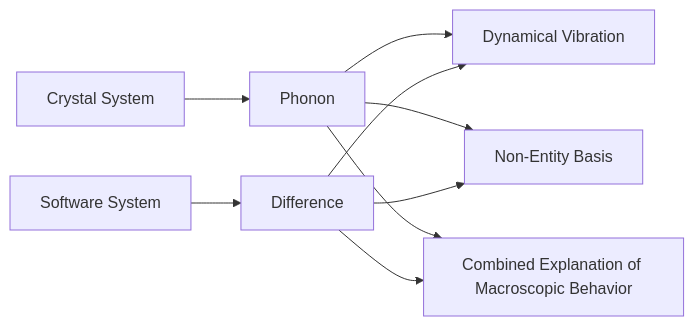
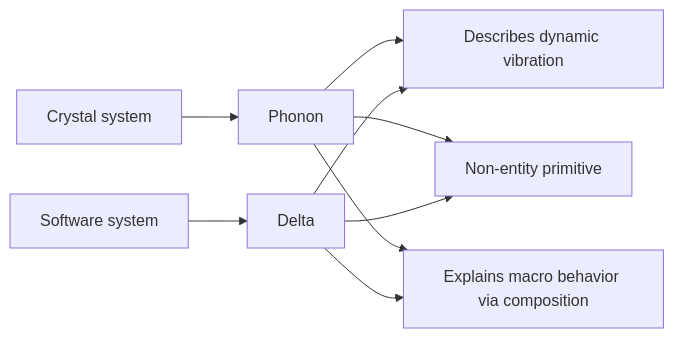
One commit to entropy-cloud/nop-entropy changed the diagram in docs-en/theory/xlang-explained2.md. Above: the diagram before and after it, drawn with Mermaid. The commit also changed other lines of this file and 562 other files, not shown here.

````diff
--- a/docs-en/theory/xlang-explained2.md
+++ b/docs-en/theory/xlang-explained2.md
@@ -463,12 +378,12 @@
 ```mermaid
 graph LR
-    A[Crystal System] --> B[Phonon]
-    C[Software System] --> D[Difference]
+    A[Crystal system] --> B[Phonon]
+    C[Software system] --> D[Delta]
 
-    B --> E[Dynamical Vibration]
+    B --> E[Describes dynamic vibration]
     D --> E
-    B --> F[Non-Entity Basis]
+    B --> F[Non-entity primitive]
     D --> F
-    B --> G[Combined Explanation of Macroscopic Behavior]
+    B --> G[Explains macro behavior via composition]
     D --> G
 ```
````
